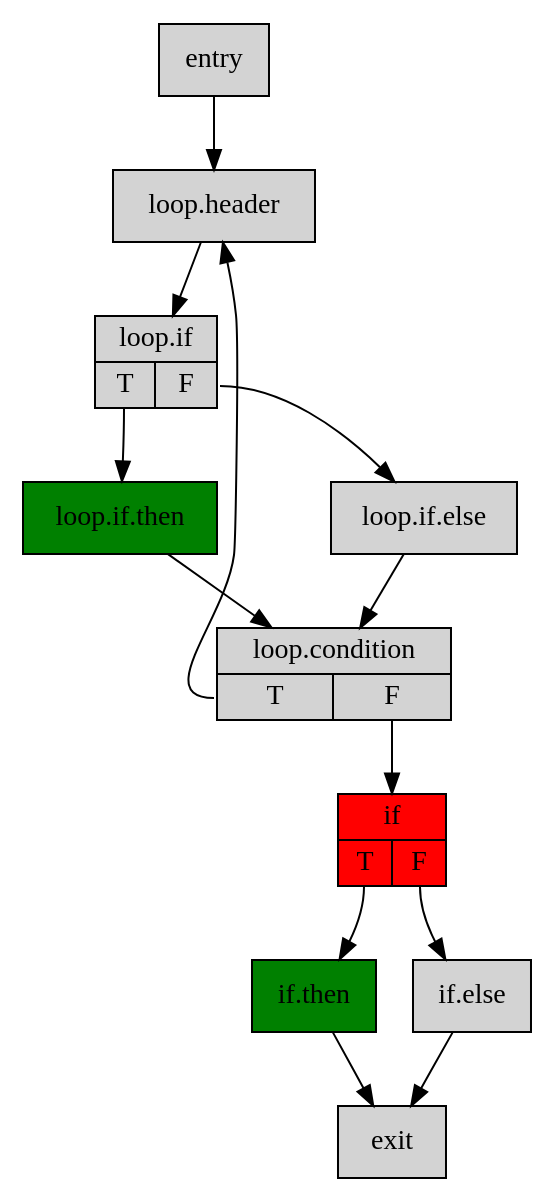
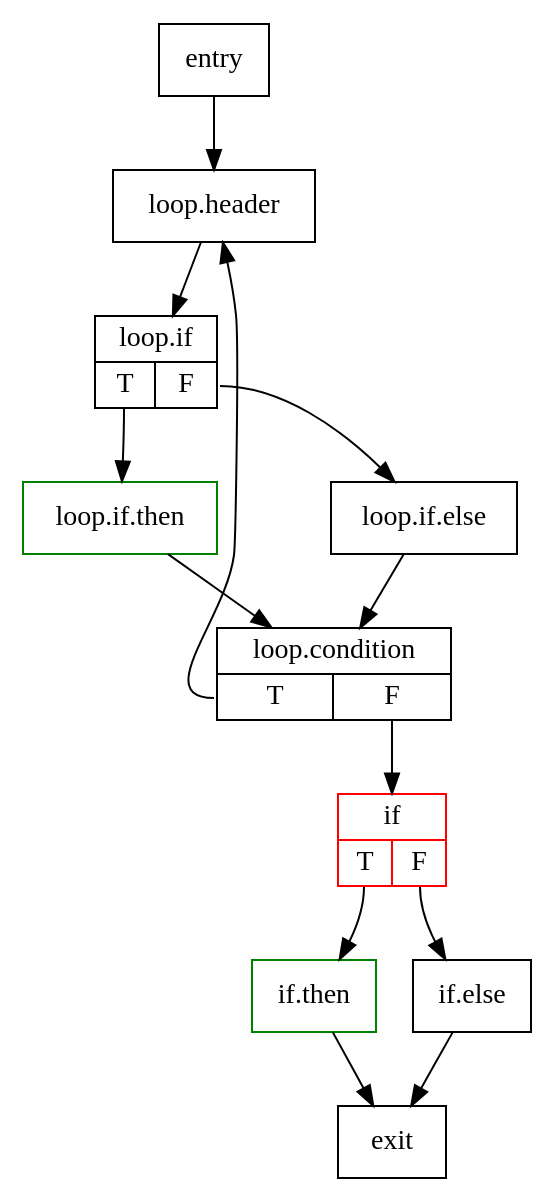
Before and after one commit to Karapus/bachelor-thesis: the diagram in dot/cfg_alldom.dot, drawn with Graphviz. The commit also changed 7 other files, not shown here.

```diff
--- a/dot/cfg_alldom.dot
+++ b/dot/cfg_alldom.dot
@@ -1,21 +1,21 @@
 digraph "Counterexample CFG" {
 
-    node [shape=record, style=filled]
+    node [shape=record]
 	entry;
     loop_header[label="{loop.header}"];
     loop_if[label="{loop.if|{<s0>T|<s1>F}}"];
-    loop_if_then[fillcolor=green, label="{loop.if.then}"];
+    loop_if_then[color=green, label="{loop.if.then}"];
     loop_if_else[label="{loop.if.else}"];
     loop_condition[label="{loop.condition|{<s0>T|<s1>F}}"];
-    if[fillcolor=red, label="{if|{<s0>T|<s1>F}}"];
-    if_then[fillcolor=green, label="{if.then}"];
+    if[color=red, label="{if|{<s0>T|<s1>F}}"];
+    if_then[color=green, label="{if.then}"];
     if_else[label="{if.else}"];
     exit;
     entry->loop_header->loop_if;
     loop_if:s0->loop_if_then->loop_condition;
     loop_if:s1->loop_if_else->loop_condition;
     loop_condition:s0->loop_header;
     loop_condition:s1->if;
     if:s0->if_then->exit;
     if:s1->if_else->exit;
 }
```
